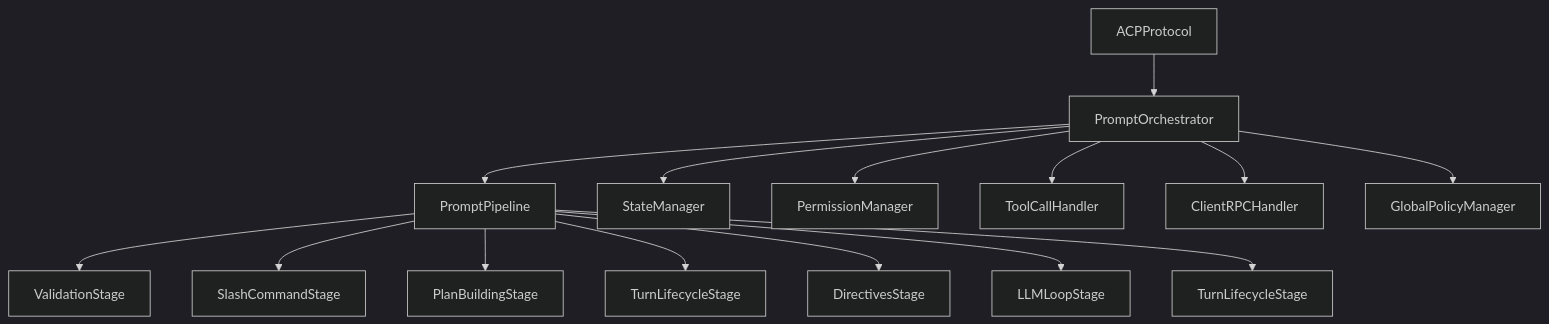
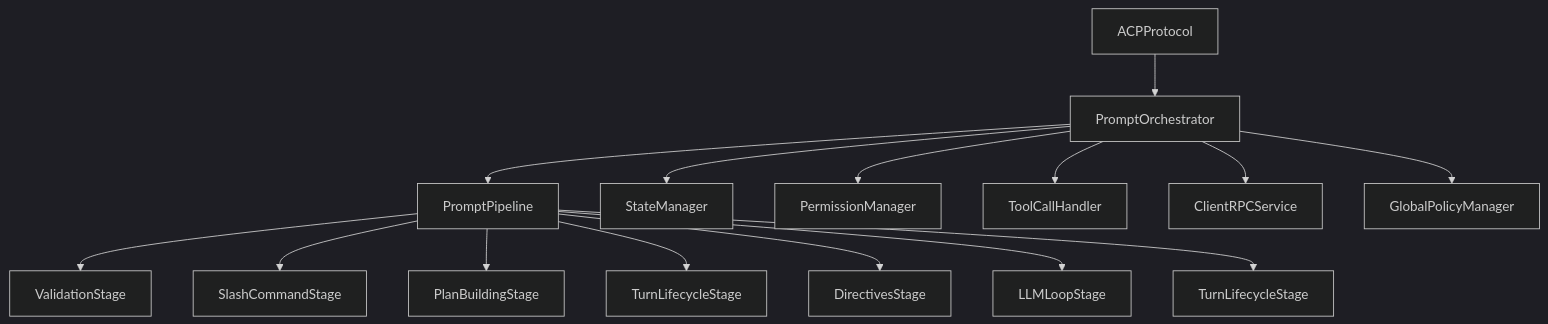
Before and after one commit to pese-git/codelab-agent: the diagram in doc/product/developer-guide/protocols/protocol-handlers.md, drawn with Mermaid (dark theme). The commit also changed other lines of this file and 7 other files, not shown here.

````diff
--- a/doc/product/developer-guide/protocols/protocol-handlers.md
+++ b/doc/product/developer-guide/protocols/protocol-handlers.md
@@ -9,17 +9,17 @@
 ```mermaid
 graph TB
     AP[ACPProtocol] --> PO[PromptOrchestrator]
     PO --> Pipeline[PromptPipeline]
     Pipeline --> V[ValidationStage]
     Pipeline --> SC[SlashCommandStage]
     Pipeline --> PB[PlanBuildingStage]
     Pipeline --> TL1[TurnLifecycleStage]
     Pipeline --> DS[DirectivesStage]
     Pipeline --> LL[LLMLoopStage]
     Pipeline --> TL2[TurnLifecycleStage]
     PO --> SM[StateManager]
     PO --> PM[PermissionManager]
     PO --> TCH[ToolCallHandler]
-    PO --> CRH[ClientRPCHandler]
+    PO --> CRH[ClientRPCService]
     PO --> GPM[GlobalPolicyManager]
 ```
````
